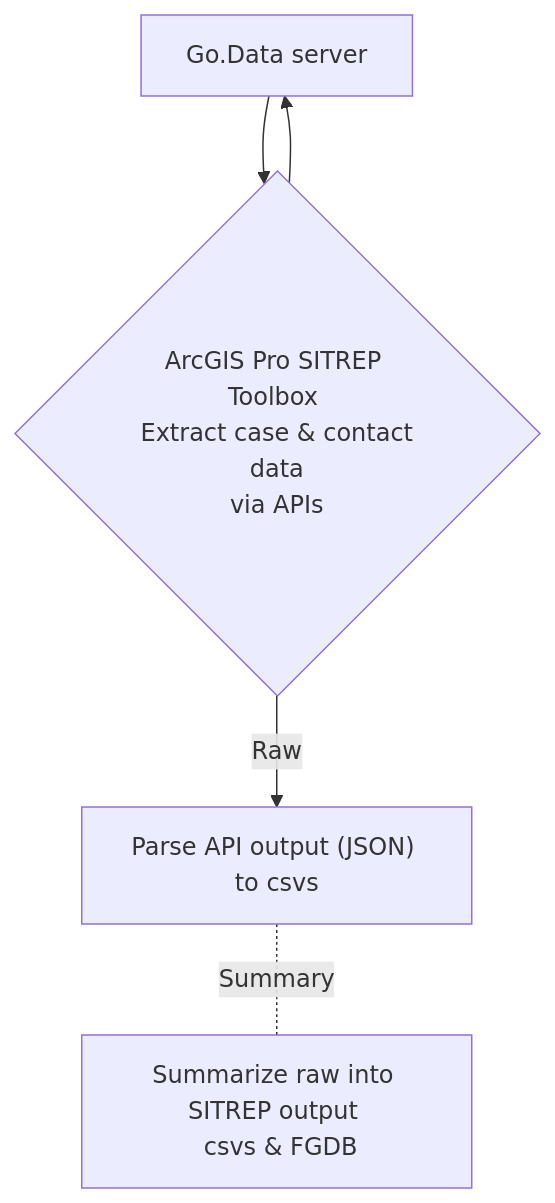
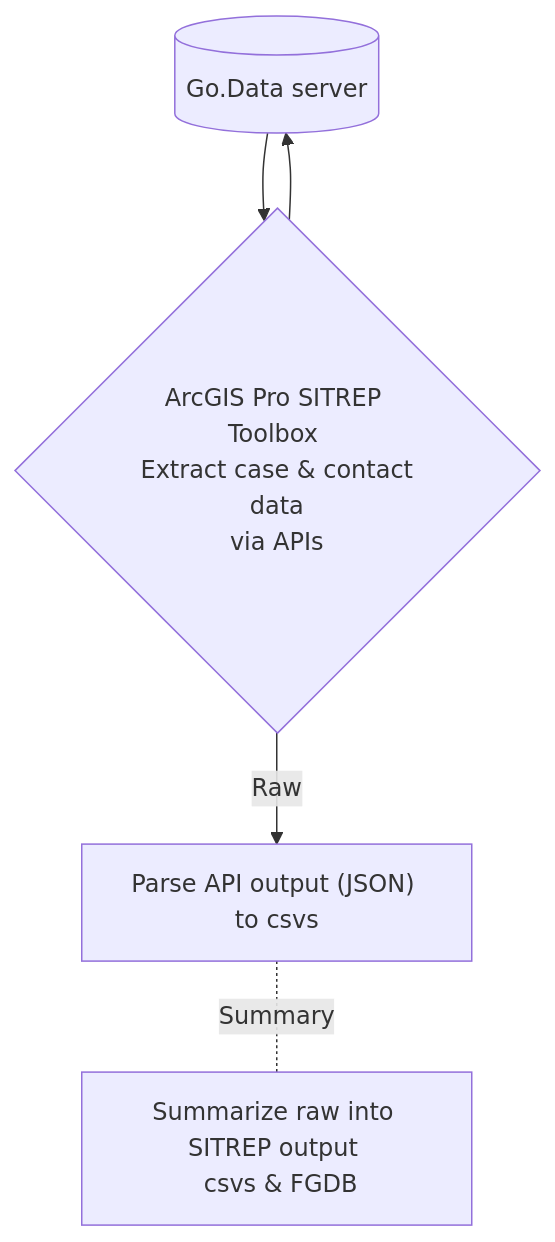
One commit to LangsterGA/mermaid changed the diagram in README.md. Above: the diagram before and after it, drawn with Mermaid.

````diff
--- a/README.md
+++ b/README.md
@@ -3,7 +3,7 @@
 ```mermaid
   graph TD
-    A[Go.Data server]--> B{ArcGIS Pro SITREP Toolbox <br/> Extract case & contact data<br/>via APIs};
+    A[(Go.Data server)]--> B{ArcGIS Pro SITREP Toolbox <br/> Extract case & contact data<br/>via APIs};
     B-->A
     B -->|Raw| C["Parse API output (JSON) to csvs"];
     C-.-|Summary| D[Summarize raw into SITREP output <br/> csvs & FGDB]; 
 ```
````
